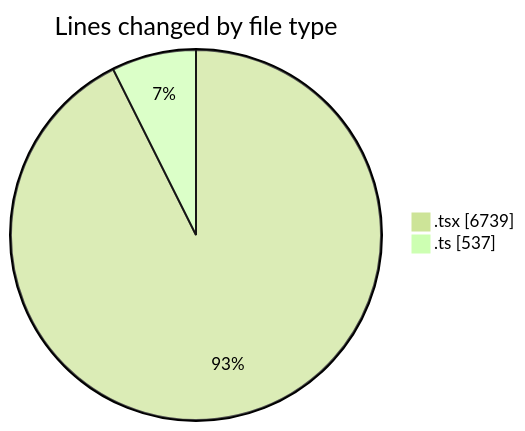
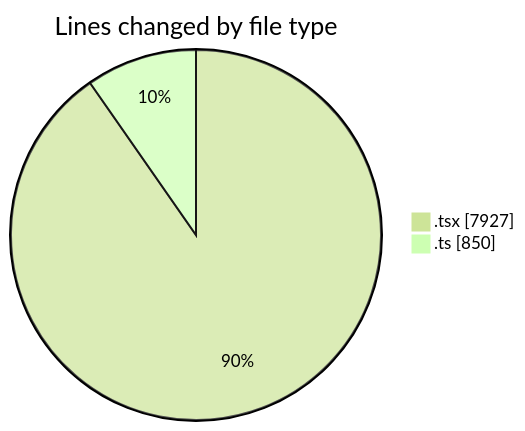
The first of 2 diagrams in 2026-03-10/nxtqube_webapp/README.md (nxtqubesakshisongat/code-tracking), drawn with Mermaid (forest theme) before and after one commit. The commit also changed other lines of this file and 1 other file, not shown here.

````diff
--- a/2026-03-10/nxtqube_webapp/README.md
+++ b/2026-03-10/nxtqube_webapp/README.md
@@ -32,6 +41,6 @@
 ```mermaid
 pie showData
 title Lines changed by file type
-".tsx" : 6739
-".ts" : 537
+".tsx" : 7927
+".ts" : 850
 ```
````
